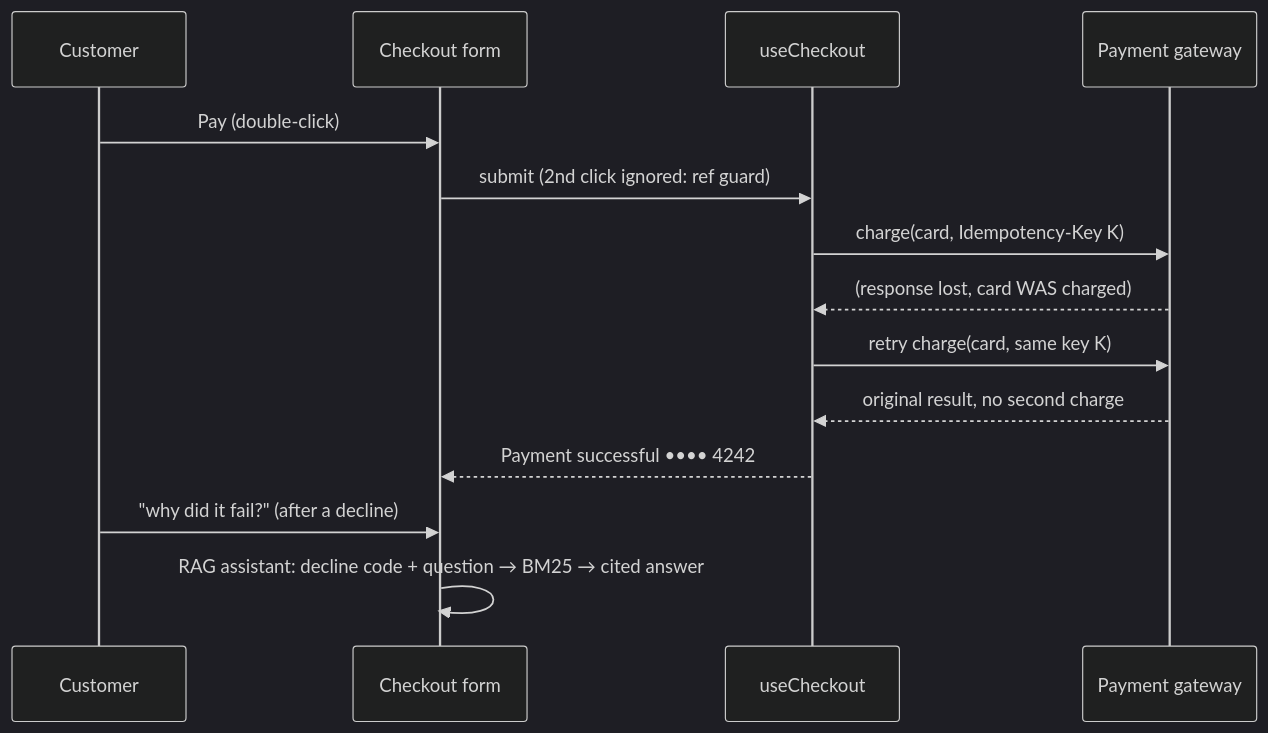
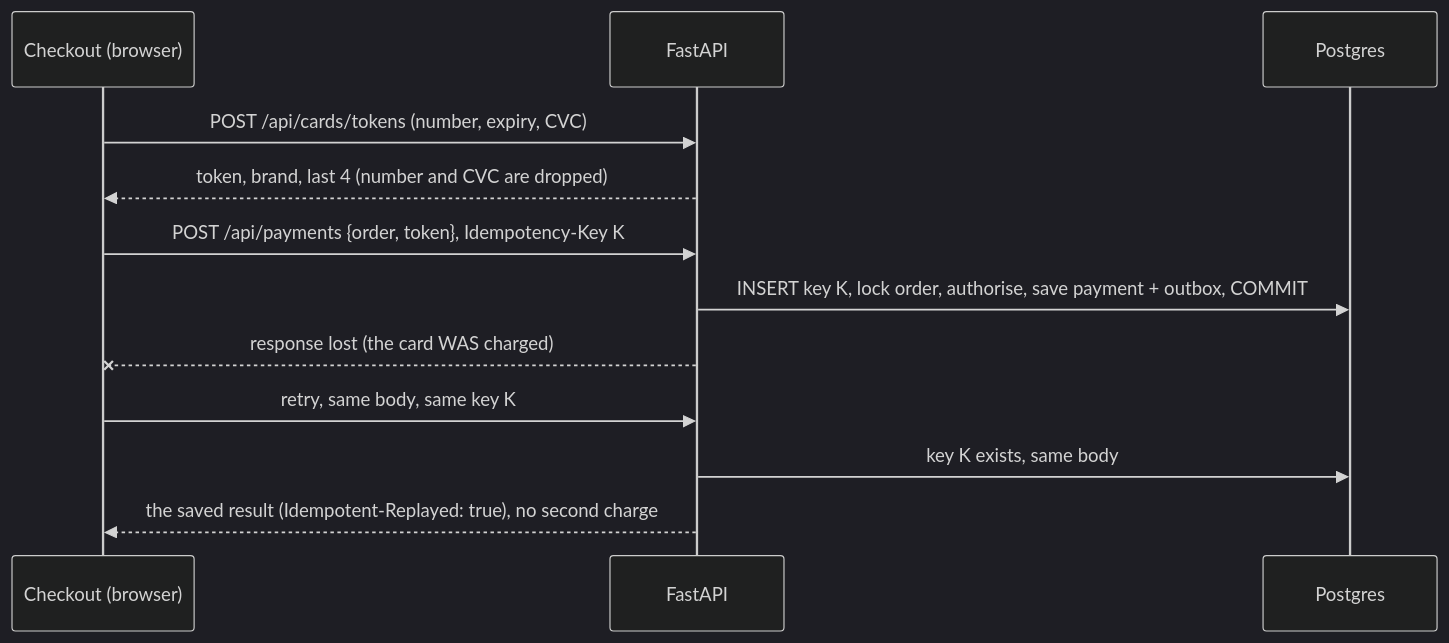
Before and after one commit to 30-Saumya-11/secure-checkout: the second of 2 diagrams in README.md, drawn with Mermaid (dark theme). The commit also changed other lines of this file and 103 other files, not shown here.

First line of the commit message:
Campus Store Payments: FastAPI + Postgres backend, store and merchant dashboard

````diff
--- a/README.md
+++ b/README.md
@@ -14,16 +40,14 @@
 ```mermaid
 sequenceDiagram
-  participant U as Customer
-  participant F as Checkout form
-  participant H as useCheckout
-  participant G as Payment gateway
-  U->>F: Pay (double-click)
-  F->>H: submit (2nd click ignored: ref guard)
-  H->>G: charge(card, Idempotency-Key K)
-  G-->>H: (response lost, card WAS charged)
-  H->>G: retry charge(card, same key K)
-  G-->>H: original result, no second charge
-  H-->>F: Payment successful •••• 4242
-  U->>F: "why did it fail?" (after a decline)
-  F->>F: RAG assistant: decline code + question → BM25 → cited answer
+  participant C as Checkout (browser)
+  participant API as FastAPI
+  participant DB as Postgres
+  C->>API: POST /api/cards/tokens (number, expiry, CVC)
+  API-->>C: token, brand, last 4 (number and CVC are dropped)
+  C->>API: POST /api/payments {order, token}, Idempotency-Key K
+  API->>DB: INSERT key K, lock order, authorise, save payment + outbox, COMMIT
+  API--xC: response lost (the card WAS charged)
+  C->>API: retry, same body, same key K
+  API->>DB: key K exists, same body
+  API-->>C: the saved result (Idempotent-Replayed: true), no second charge
 ```
````
